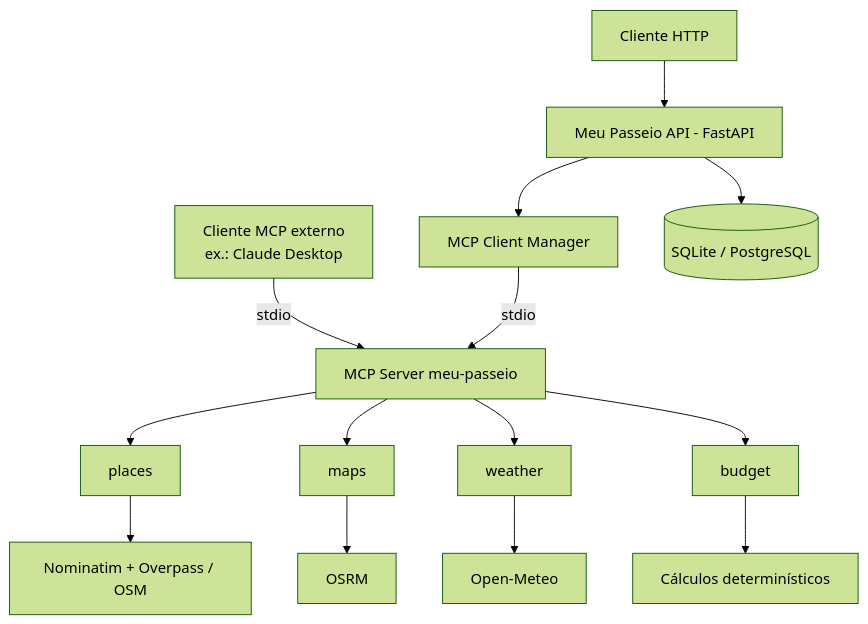
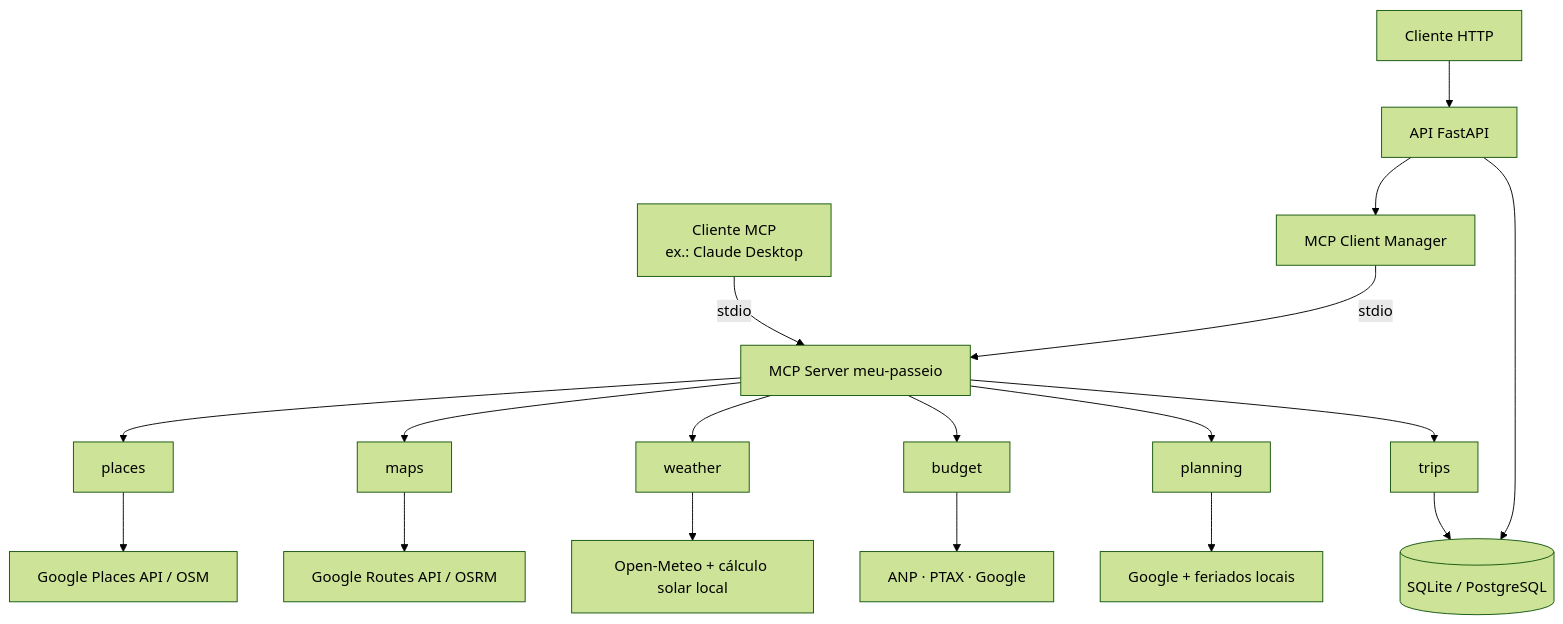
The diagram in README.md (otaviosbms/meu-passeio-mcp), drawn with Mermaid (forest theme) before and after one commit. The commit also changed other lines of this file, not shown here.

````diff
--- a/README.md
+++ b/README.md
@@ -17,12 +37,13 @@
 ```mermaid
 flowchart TD
-    C[Cliente MCP externo<br/>ex.: Claude Desktop] -- stdio --> S
-    U[Cliente HTTP] --> API[Meu Passeio API - FastAPI]
-    API --> MCP[MCP Client Manager]
-    MCP -- stdio --> S[MCP Server meu-passeio]
-    S --> P[places] --> PA[Nominatim + Overpass / OSM]
-    S --> M[maps] --> MA[OSRM]
-    S --> W[weather] --> WA[Open-Meteo]
-    S --> B[budget] --> BC[Cálculos determinísticos]
-    API --> DB[(SQLite / PostgreSQL)]
+    C[Cliente MCP<br/>ex.: Claude Desktop] -- stdio --> S[MCP Server meu-passeio]
+    U[Cliente HTTP] --> API[API FastAPI]
+    API --> MCM[MCP Client Manager] -- stdio --> S
+    S --> P[places] --> G1[Google Places API / OSM]
+    S --> M[maps] --> G2[Google Routes API / OSRM]
+    S --> W[weather] --> OM[Open-Meteo + cálculo solar local]
+    S --> B[budget] --> AB[ANP · PTAX · Google]
+    S --> PL[planning] --> PG[Google + feriados locais]
+    S --> T[trips] --> DB[(SQLite / PostgreSQL)]
+    API --> DB
 ```
````
